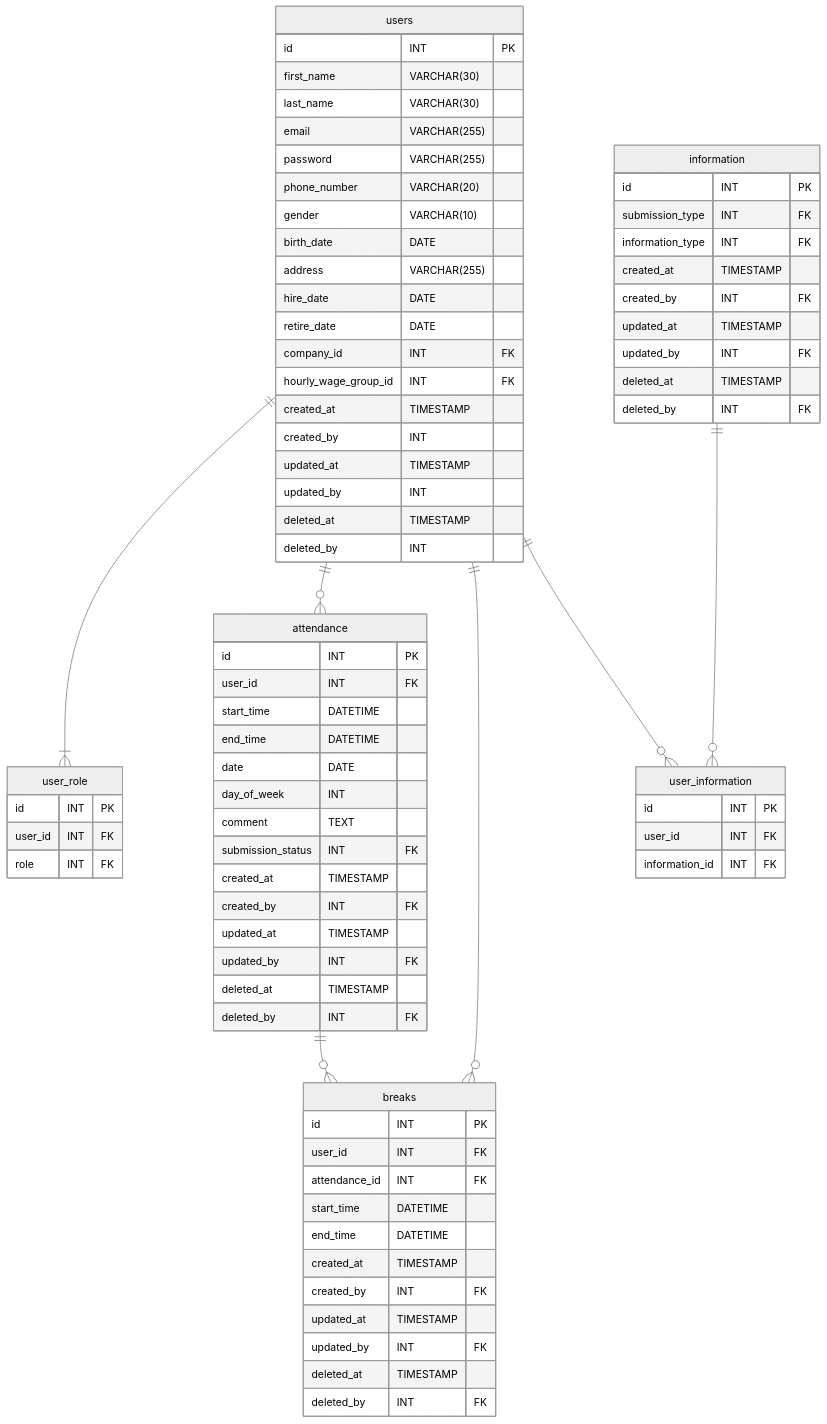
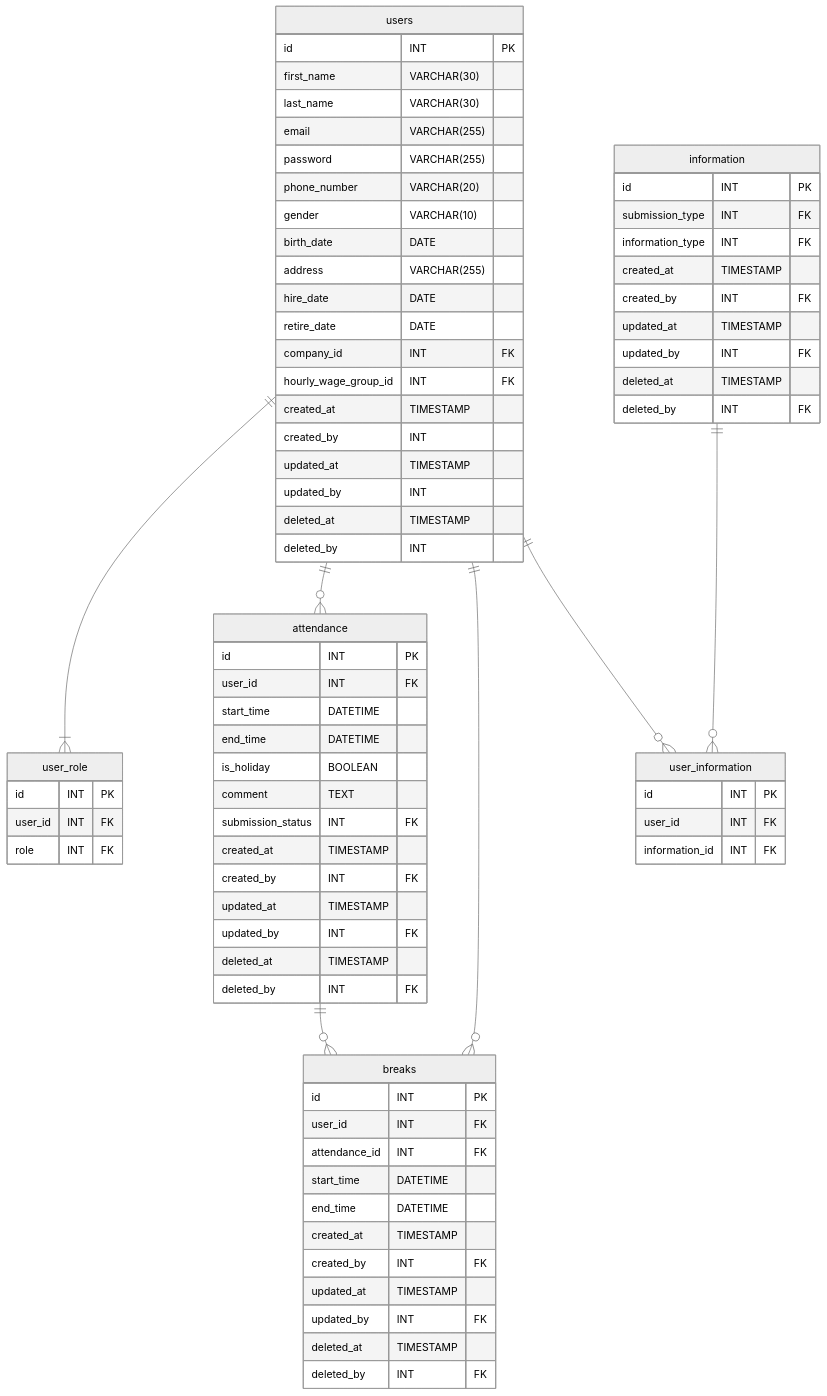
One commit to reo00ngee/attendance changed the first of 5 diagrams in Documents/Database Design/Entity-RelationshipDiagrams.md. Above: the diagram before and after it, drawn with Mermaid (neutral theme). The commit also changed other lines of this file and 5 other files, not shown here.

```diff
--- a/Documents/Database Design/Entity-RelationshipDiagrams.md
+++ b/Documents/Database Design/Entity-RelationshipDiagrams.md
@@ -56,8 +56,7 @@
     user_id INT FK
     start_time DATETIME
     end_time DATETIME
-    date DATE
-    day_of_week INT
+    is_holiday BOOLEAN
     comment TEXT
     submission_status INT FK
     created_at TIMESTAMP
```
